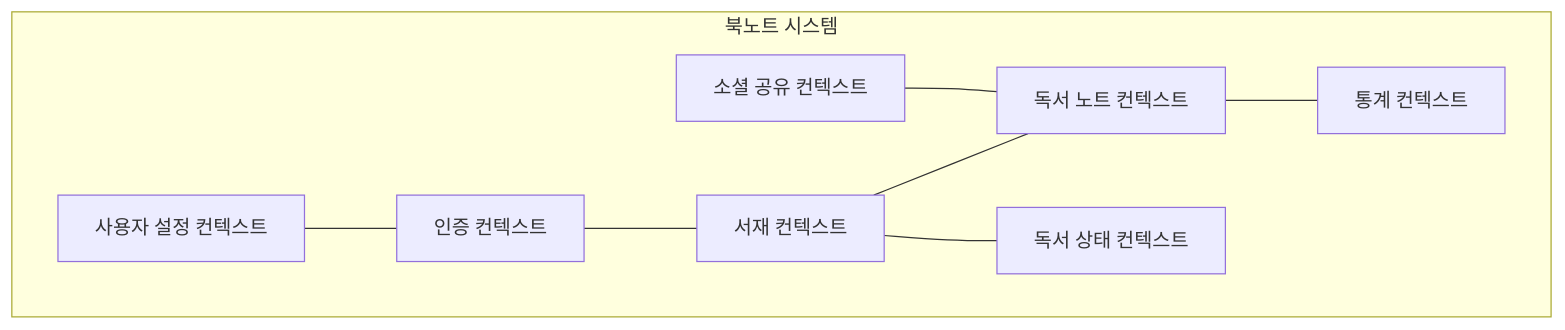
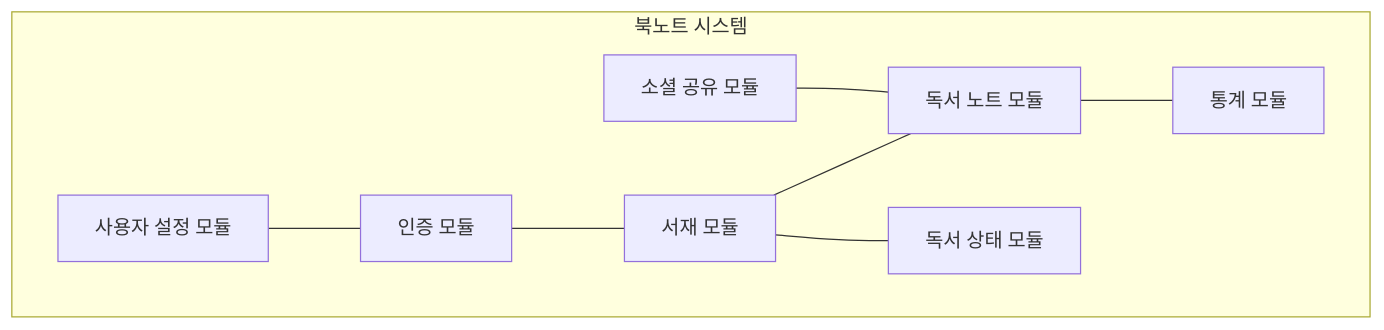
One commit to heozeop/book-note changed the seventh of 11 diagrams in docs/prd.md. Above: the diagram before and after it, drawn with Mermaid. The commit also changed other lines of this file and 33 other files, not shown here.

Commit message:
refac: remove DDD base architecture

````diff
--- a/docs/prd.md
+++ b/docs/prd.md
@@ -712,11 +710,11 @@
 ```mermaid
 graph TB
     subgraph "북노트 시스템"
-    A[인증 컨텍스트] --- B[서재 컨텍스트]
-    B --- C[독서 노트 컨텍스트]
-    C --- D[통계 컨텍스트]
-    B --- E[독서 상태 컨텍스트]
-    F[사용자 설정 컨텍스트] --- A
-    G[소셜 공유 컨텍스트] --- C
+    A[인증 모듈] --- B[서재 모듈]
+    B --- C[독서 노트 모듈]
+    C --- D[통계 모듈]
+    B --- E[독서 상태 모듈]
+    F[사용자 설정 모듈] --- A
+    G[소셜 공유 모듈] --- C
     end
 ```
````
